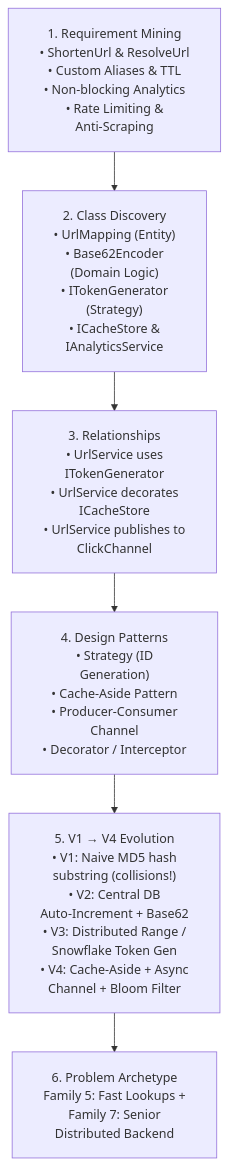
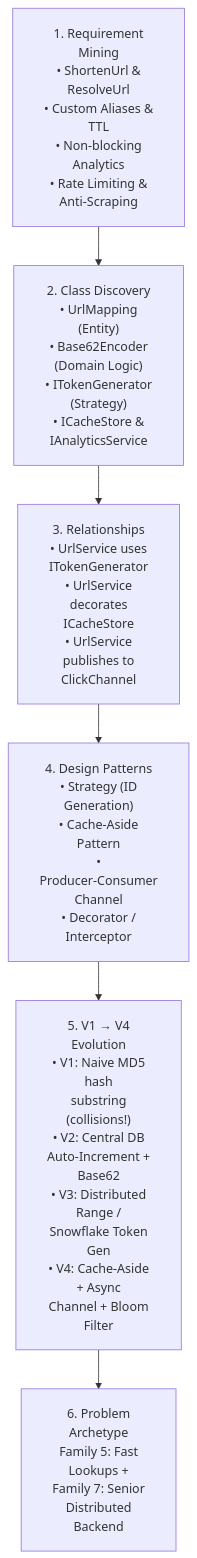
One commit to dip4k/DSA_102 changed the first of 3 diagrams in LLD/04_Tier4_Senior_Backend/37_URL_Shortener.md. Above: the diagram before and after it, drawn with Mermaid. The commit also changed other lines of this file and 106 other files, not shown here.

First line of the commit message:
fix(mermaid): prevent text clipping with foreignObject overflow and tighter line wrapping

````diff
--- a/LLD/04_Tier4_Senior_Backend/37_URL_Shortener.md
+++ b/LLD/04_Tier4_Senior_Backend/37_URL_Shortener.md
@@ -17,9 +17,9 @@
 ```mermaid
-%%{init: {"flowchart": {"htmlLabels": true, "padding": 20}}}%%
+%%{init: {"flowchart": {"htmlLabels": true, "padding": 20}, "themeCSS": "foreignObject { overflow: visible !important; }"}}%%
 flowchart TD
-    A["1. Requirement Mining<br/>• ShortenUrl & ResolveUrl<br/>• Custom Aliases & TTL<br/>• Non-blocking Analytics<br/>• Rate Limiting &<br/>Anti-Scraping"] --> B["2. Class Discovery<br/>• UrlMapping (Entity)<br/>• Base62Encoder<br/>(Domain Logic)<br/>• ITokenGenerator<br/>(Strategy)<br/>• ICacheStore &<br/>IAnalyticsService"]
-    B --> C["3. Relationships<br/>• UrlService uses<br/>ITokenGenerator<br/>• UrlService decorates<br/>ICacheStore<br/>• UrlService publishes to<br/>ClickChannel"]
-    C --> D["4. Design Patterns<br/>• Strategy (ID<br/>Generation)<br/>• Cache-Aside Pattern<br/>• Producer-Consumer<br/>Channel<br/>• Decorator / Interceptor"]
-    D --> E["5. V1 → V4 Evolution<br/>• V1: Naive MD5 hash<br/>substring (collisions!)<br/>• V2: Central DB<br/>Auto-Increment + Base62<br/>• V3: Distributed Range /<br/>Snowflake Token Gen<br/>• V4: Cache-Aside + Async<br/>Channel + Bloom Filter"]
-    E --> F["6. Problem Archetype<br/>Family 5: Fast Lookups +<br/>Family 7: Senior<br/>Distributed Backend"]
+    A["1. Requirement<br/>Mining<br/>• ShortenUrl &<br/>ResolveUrl<br/>• Custom Aliases &<br/>TTL<br/>• Non-blocking<br/>Analytics<br/>• Rate Limiting &<br/>Anti-Scraping"] --> B["2. Class Discovery<br/>• UrlMapping<br/>(Entity)<br/>• Base62Encoder<br/>(Domain Logic)<br/>• ITokenGenerator<br/>(Strategy)<br/>• ICacheStore &<br/>IAnalyticsService"]
+    B --> C["3. Relationships<br/>• UrlService uses<br/>ITokenGenerator<br/>• UrlService<br/>decorates<br/>ICacheStore<br/>• UrlService<br/>publishes to<br/>ClickChannel"]
+    C --> D["4. Design Patterns<br/>• Strategy (ID<br/>Generation)<br/>• Cache-Aside<br/>Pattern<br/>•<br/>Producer-Consumer<br/>Channel<br/>• Decorator /<br/>Interceptor"]
+    D --> E["5. V1 → V4<br/>Evolution<br/>• V1: Naive MD5<br/>hash<br/>substring<br/>(collisions!)<br/>• V2: Central DB<br/>Auto-Increment +<br/>Base62<br/>• V3: Distributed<br/>Range /<br/>Snowflake Token<br/>Gen<br/>• V4: Cache-Aside<br/>+ Async<br/>Channel + Bloom<br/>Filter"]
+    E --> F["6. Problem<br/>Archetype<br/>Family 5: Fast<br/>Lookups +<br/>Family 7: Senior<br/>Distributed<br/>Backend"]
 ```
````
